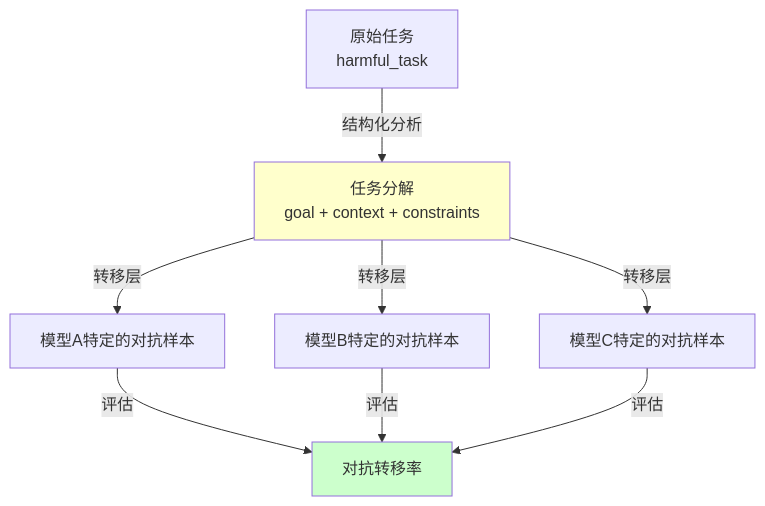
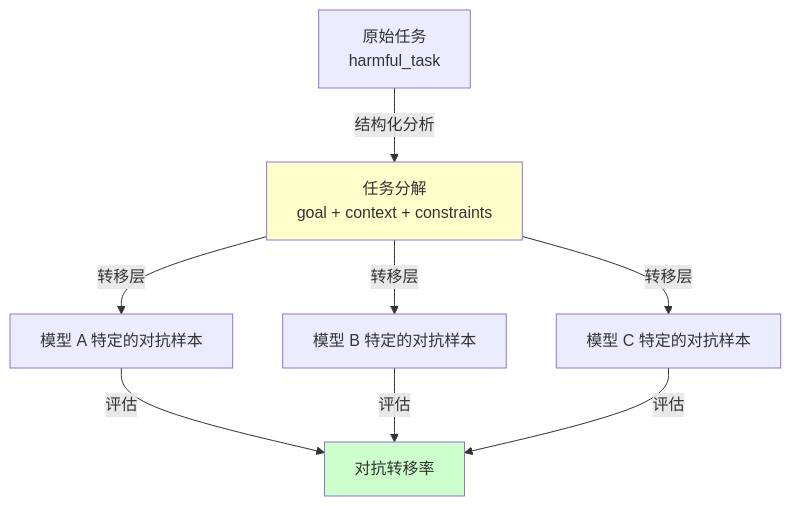
One commit to yeasy/ai_security_guide changed the sixth of 8 diagrams in 05_jailbreak/5.6_automated_jailbreak_methods.md. Above: the diagram before and after it, drawn with Mermaid. The commit also changed other lines of this file and 1 other file, not shown here.

````diff
--- a/05_jailbreak/5.6_automated_jailbreak_methods.md
+++ b/05_jailbreak/5.6_automated_jailbreak_methods.md
@@ -284,15 +284,15 @@
 ```mermaid
 graph TB
     A["原始任务<br/>harmful_task"] -->|结构化分析| B["任务分解<br/>goal + context + constraints"]
 
-    B -->|转移层| C1["模型A特定的对抗样本"]
-    B -->|转移层| C2["模型B特定的对抗样本"]
-    B -->|转移层| C3["模型C特定的对抗样本"]
+    B -->|转移层| C1["模型 A 特定的对抗样本"]
+    B -->|转移层| C2["模型 B 特定的对抗样本"]
+    B -->|转移层| C3["模型 C 特定的对抗样本"]
 
     C1 -->|评估| D["对抗转移率"]
     C2 -->|评估| D
     C3 -->|评估| D
 
     style B fill:#ffffcc
     style D fill:#ccffcc
 ```
````
